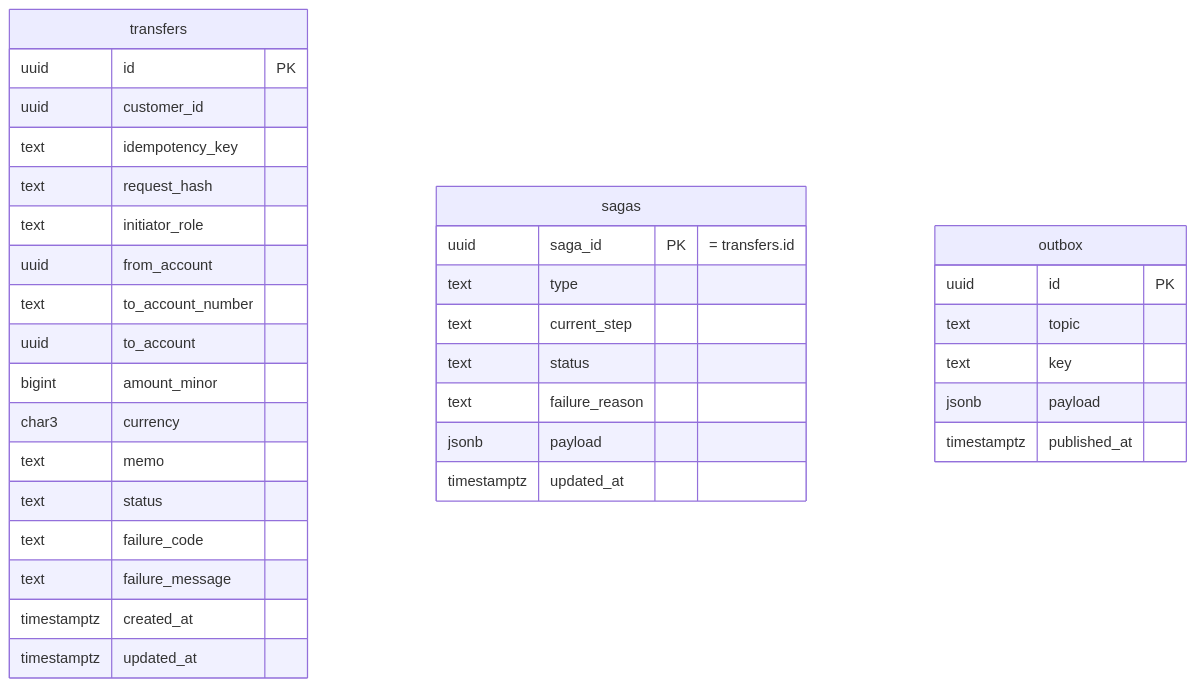
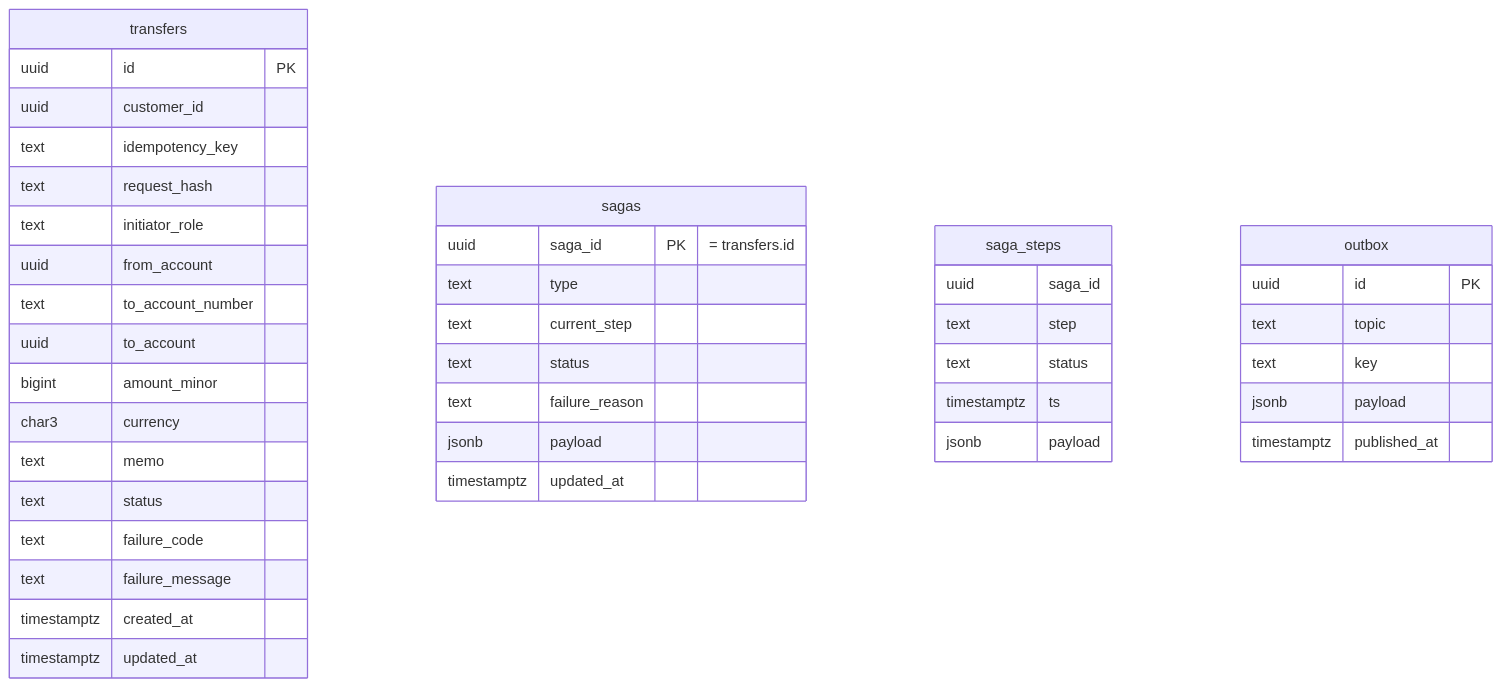
The diagram in specs/transfers/002-schema.md (GodwinJacobR/mock-bank), drawn with Mermaid before and after one commit. The commit also changed other lines of this file and 2 other files, not shown here.

Commit message:
Add saga step history and ack-after-step specs

````diff
--- a/specs/transfers/002-schema.md
+++ b/specs/transfers/002-schema.md
@@ -22,37 +22,44 @@
 ```mermaid
 erDiagram
   transfers {
     uuid id PK
     uuid customer_id
     text idempotency_key
     text request_hash
     text initiator_role
     uuid from_account
     text to_account_number
     uuid to_account
     bigint amount_minor
     char3 currency
     text memo
     text status
     text failure_code
     text failure_message
     timestamptz created_at
     timestamptz updated_at
   }
   sagas {
     uuid saga_id PK "= transfers.id"
     text type
     text current_step
     text status
     text failure_reason
     jsonb payload
     timestamptz updated_at
   }
+  saga_steps {
+    uuid saga_id
+    text step
+    text status
+    timestamptz ts
+    jsonb payload
+  }
   outbox {
     uuid id PK
     text topic
     text key
     jsonb payload
     timestamptz published_at
   }
 ```
````
